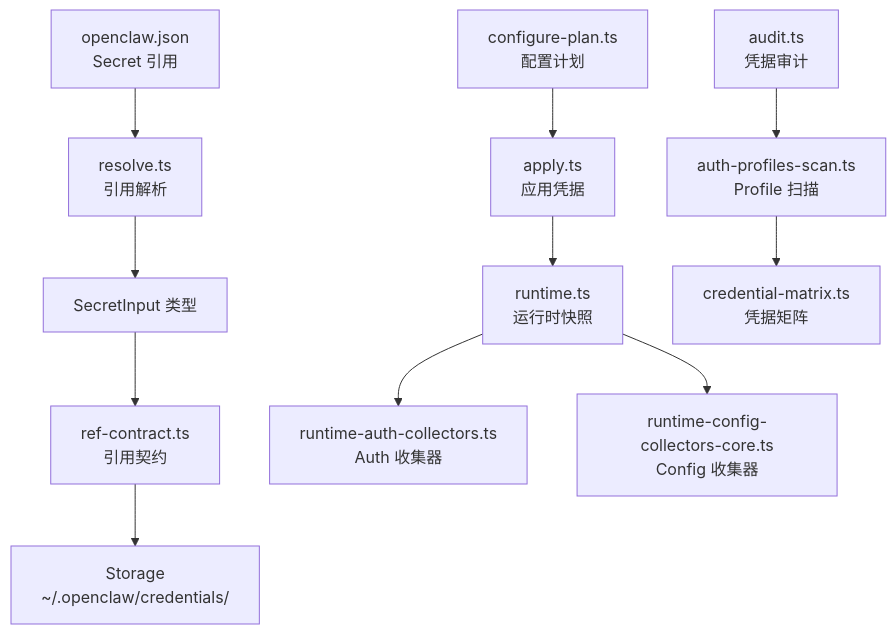
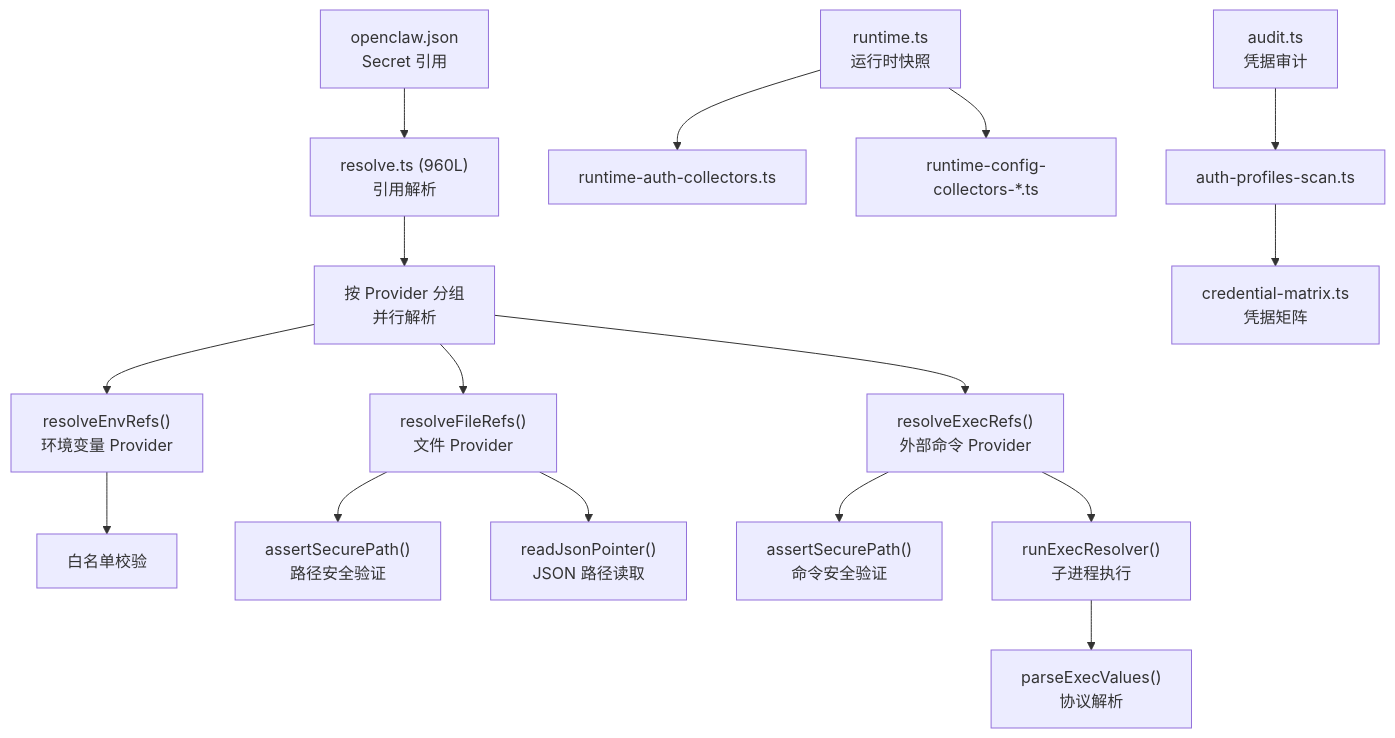
One commit to royalwang/openclaw changed the first of 3 diagrams in zh-docs/modules/secrets/README.md. Above: the diagram before and after it, drawn with Mermaid. The commit also changed other lines of this file and 5 other files, not shown here.

````diff
--- a/zh-docs/modules/secrets/README.md
+++ b/zh-docs/modules/secrets/README.md
@@ -7,16 +7,22 @@
 ```mermaid
 flowchart TD
-    CONFIG["openclaw.json<br/>Secret 引用"] --> RESOLVE["resolve.ts<br/>引用解析"]
-    RESOLVE --> INPUT["SecretInput 类型"]
-    INPUT --> REF["ref-contract.ts<br/>引用契约"]
-    REF --> STORE["Storage<br/>~/.openclaw/credentials/"]
+    CONFIG["openclaw.json<br/>Secret 引用"] --> RESOLVE["resolve.ts (960L)<br/>引用解析"]
+    RESOLVE --> GROUP["按 Provider 分组<br/>并行解析"]
     
-    PLAN["configure-plan.ts<br/>配置计划"] --> APPLY["apply.ts<br/>应用凭据"]
-    APPLY --> RUNTIME["runtime.ts<br/>运行时快照"]
+    GROUP --> ENV["resolveEnvRefs()<br/>环境变量 Provider"]
+    GROUP --> FILE["resolveFileRefs()<br/>文件 Provider"]
+    GROUP --> EXEC["resolveExecRefs()<br/>外部命令 Provider"]
     
-    RUNTIME --> AUTH_COLLECT["runtime-auth-collectors.ts<br/>Auth 收集器"]
-    RUNTIME --> CONFIG_COLLECT["runtime-config-collectors-core.ts<br/>Config 收集器"]
+    ENV --> ALLOWLIST["白名单校验"]
+    FILE --> SECURE_PATH["assertSecurePath()<br/>路径安全验证"]
+    FILE --> JSON_POINTER["readJsonPointer()<br/>JSON 路径读取"]
+    EXEC --> SECURE_CMD["assertSecurePath()<br/>命令安全验证"]
+    EXEC --> EXEC_RUN["runExecResolver()<br/>子进程执行"]
+    EXEC_RUN --> PARSE["parseExecValues()<br/>协议解析"]
     
-    AUDIT["audit.ts<br/>凭据审计"] --> SCAN["auth-profiles-scan.ts<br/>Profile 扫描"]
+    RUNTIME["runtime.ts<br/>运行时快照"] --> AUTH_COLLECT["runtime-auth-collectors.ts"]
+    RUNTIME --> CONFIG_COLLECT["runtime-config-collectors-*.ts"]
+    
+    AUDIT["audit.ts<br/>凭据审计"] --> SCAN["auth-profiles-scan.ts"]
     SCAN --> MATRIX["credential-matrix.ts<br/>凭据矩阵"]
 ```
````
